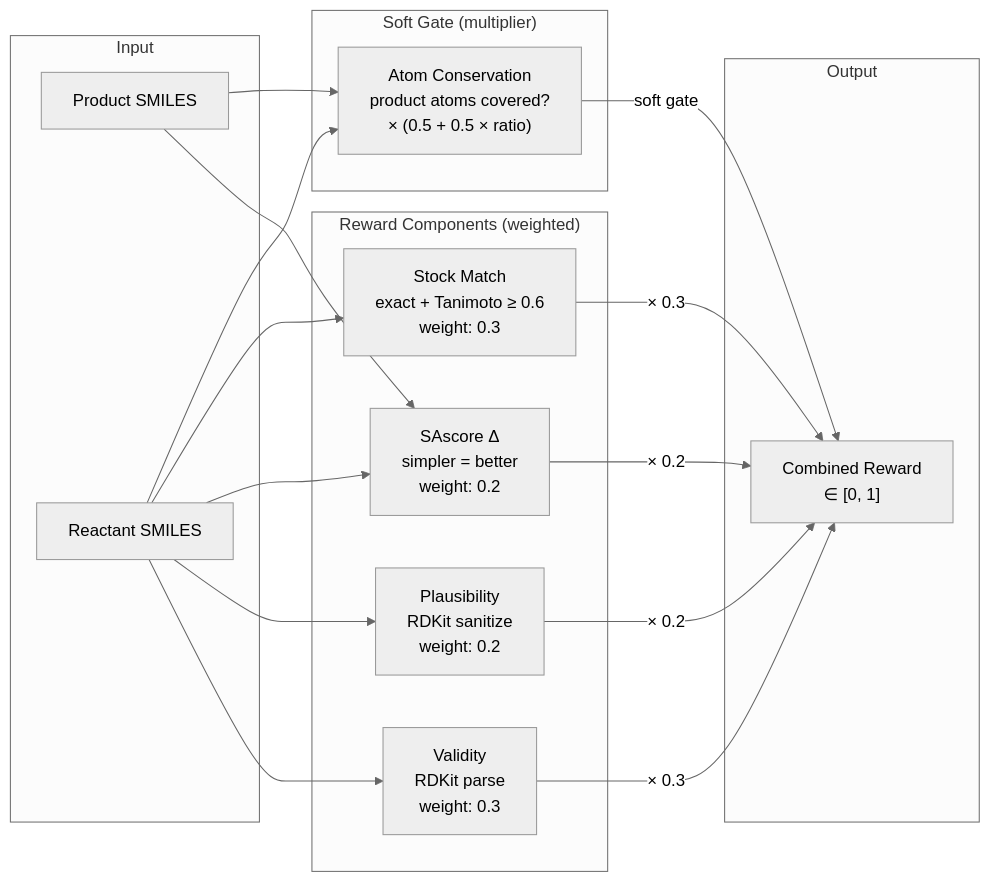
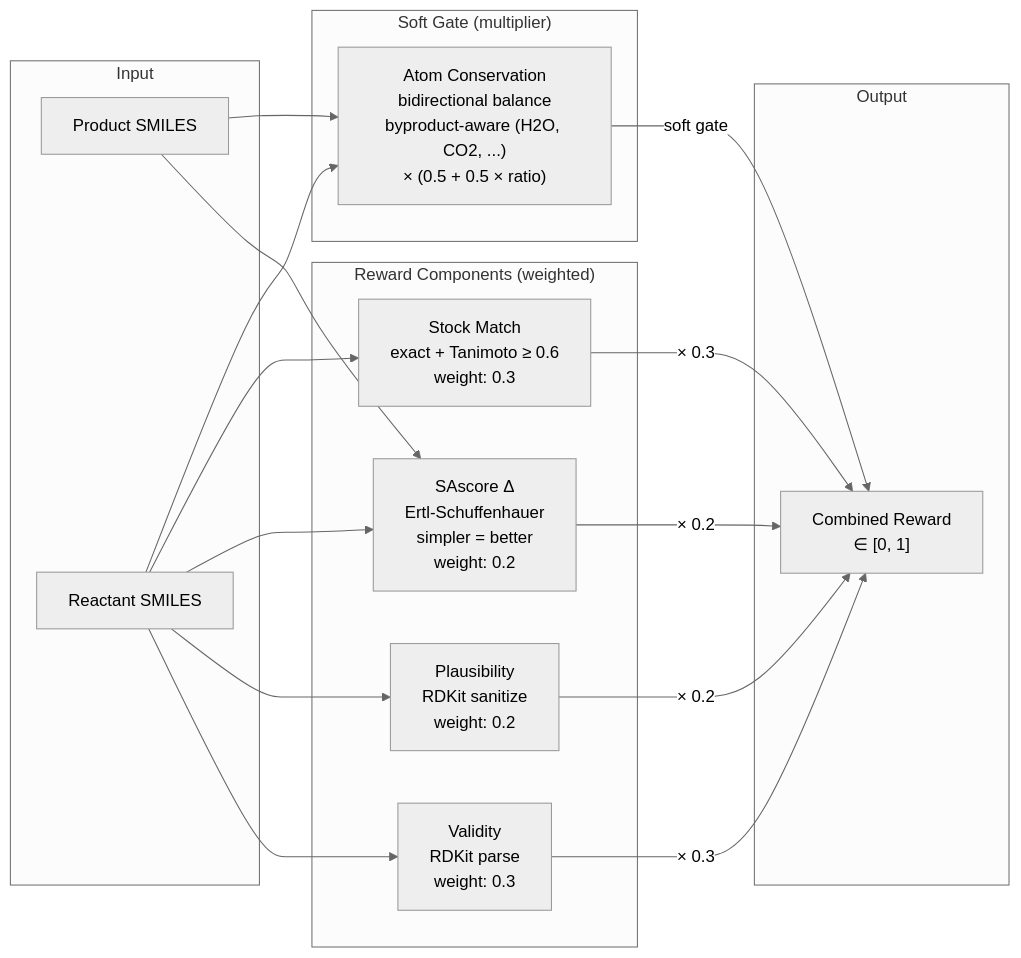
Before and after one commit to Rhoahndur/RL_RetroSynthesis: the fifth of 8 diagrams in ARCHITECTURE.md, drawn with Mermaid (neutral theme). The commit also changed other lines of this file, not shown here.

Commit message:
update architecture doc

````diff
--- a/ARCHITECTURE.md
+++ b/ARCHITECTURE.md
@@ -205,36 +209,36 @@
 ```mermaid
 graph LR
     subgraph Input
         PROD["Product SMILES"]
         REACT["Reactant SMILES"]
     end
 
     subgraph Rewards["Reward Components (weighted)"]
         V["Validity<br/>RDKit parse<br/>weight: 0.3"]
         P["Plausibility<br/>RDKit sanitize<br/>weight: 0.2"]
-        SA["SAscore Δ<br/>simpler = better<br/>weight: 0.2"]
+        SA["SAscore Δ<br/>Ertl-Schuffenhauer<br/>simpler = better<br/>weight: 0.2"]
         BUY["Stock Match<br/>exact + Tanimoto ≥ 0.6<br/>weight: 0.3"]
     end
 
     subgraph Gate["Soft Gate (multiplier)"]
-        ATOM["Atom Conservation<br/>product atoms covered?<br/>× (0.5 + 0.5 × ratio)"]
+        ATOM["Atom Conservation<br/>bidirectional balance<br/>byproduct-aware (H2O, CO2, ...)<br/>× (0.5 + 0.5 × ratio)"]
     end
 
     subgraph Output
         R["Combined Reward<br/>∈ [0, 1]"]
     end
 
     REACT --> V
     REACT --> P
     PROD --> SA
     REACT --> SA
     REACT --> BUY
     PROD --> ATOM
     REACT --> ATOM
 
     V -->|"× 0.3"| R
     P -->|"× 0.2"| R
     SA -->|"× 0.2"| R
     BUY -->|"× 0.3"| R
     ATOM -->|"soft gate"| R
 ```
````
